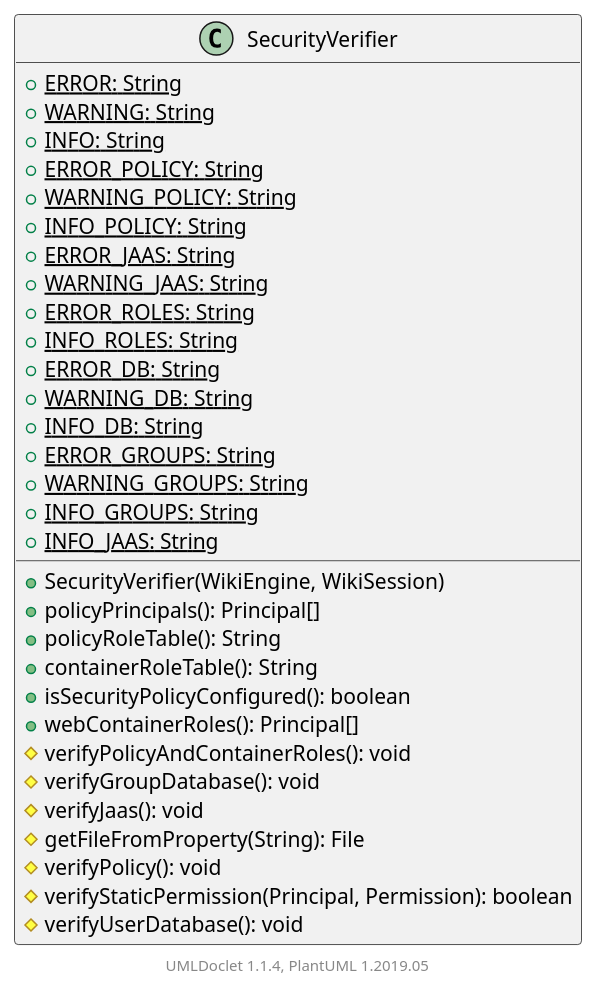
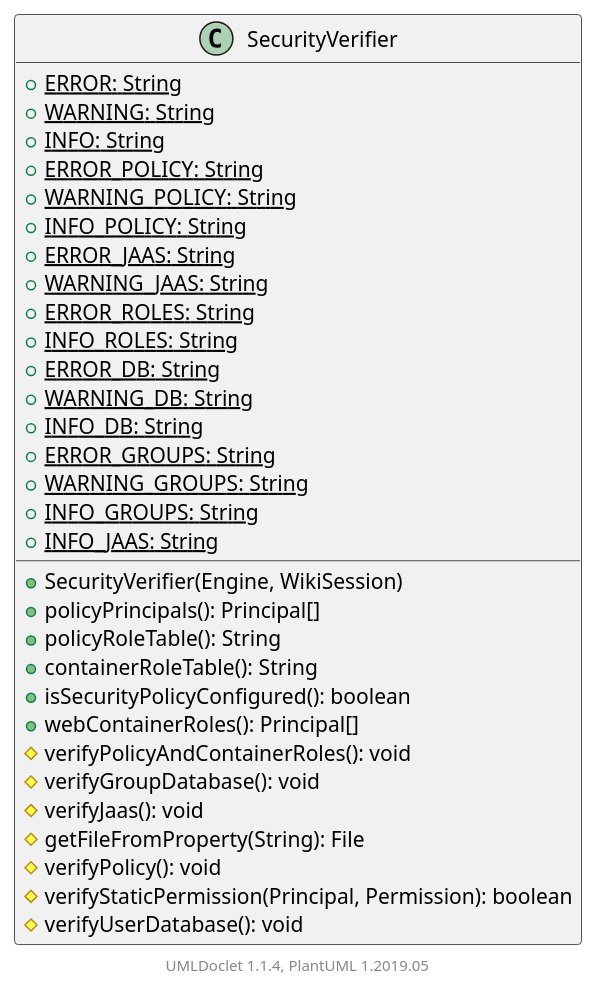
The diagram in apidocs/2.11.0.M7-SNAPSHOT/org/apache/wiki/auth/SecurityVerifier.puml (apache/jspwiki-site), drawn with PlantUML before and after one commit. The commit also changed 1463 other files, not shown here.

```diff
--- a/apidocs/2.11.0.M7-SNAPSHOT/org/apache/wiki/auth/SecurityVerifier.puml
+++ b/apidocs/2.11.0.M7-SNAPSHOT/org/apache/wiki/auth/SecurityVerifier.puml
@@ -1,38 +1,38 @@
 @startuml
 
     class SecurityVerifier [[SecurityVerifier.html]] {
         {static} +ERROR: String
         {static} +WARNING: String
         {static} +INFO: String
         {static} +ERROR_POLICY: String
         {static} +WARNING_POLICY: String
         {static} +INFO_POLICY: String
         {static} +ERROR_JAAS: String
         {static} +WARNING_JAAS: String
         {static} +ERROR_ROLES: String
         {static} +INFO_ROLES: String
         {static} +ERROR_DB: String
         {static} +WARNING_DB: String
         {static} +INFO_DB: String
         {static} +ERROR_GROUPS: String
         {static} +WARNING_GROUPS: String
         {static} +INFO_GROUPS: String
         {static} +INFO_JAAS: String
-        +SecurityVerifier(WikiEngine, WikiSession)
+        +SecurityVerifier(Engine, WikiSession)
         +policyPrincipals(): Principal[]
         +policyRoleTable(): String
         +containerRoleTable(): String
         +isSecurityPolicyConfigured(): boolean
         +webContainerRoles(): Principal[]
         #verifyPolicyAndContainerRoles(): void
         #verifyGroupDatabase(): void
         #verifyJaas(): void
         #getFileFromProperty(String): File
         #verifyPolicy(): void
         #verifyStaticPermission(Principal, Permission): boolean
         #verifyUserDatabase(): void
     }
 
 
     center footer UMLDoclet 1.1.4, PlantUML 1.2019.05
 @enduml
```
